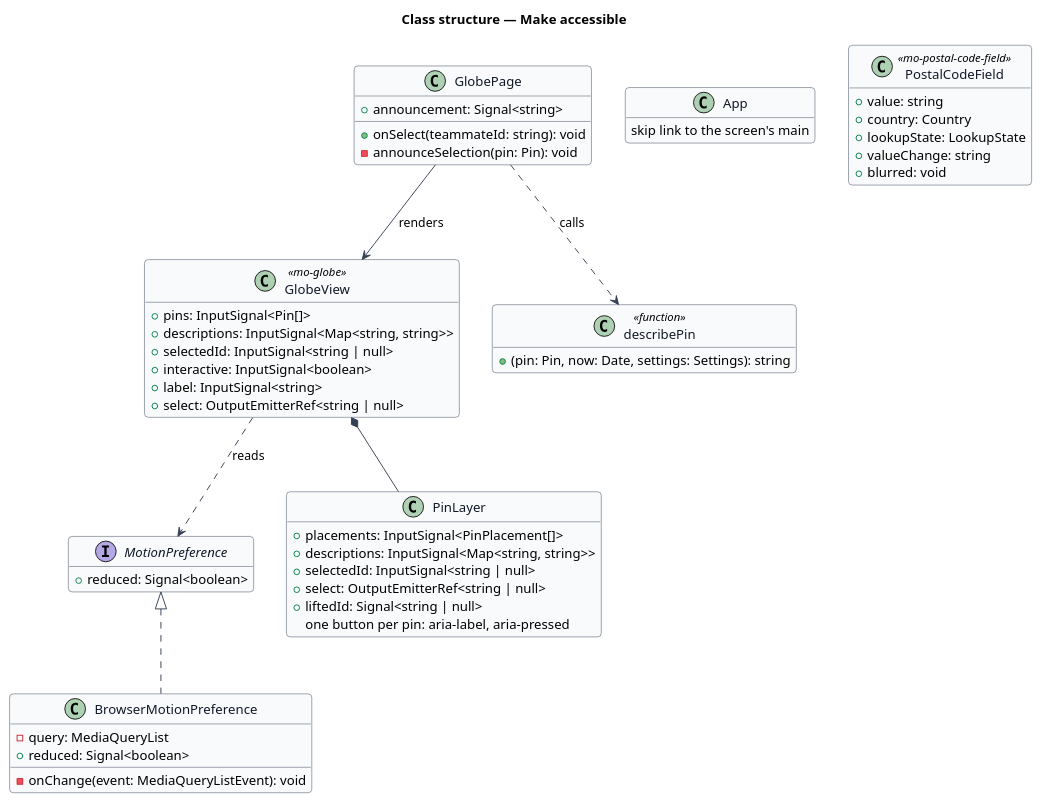
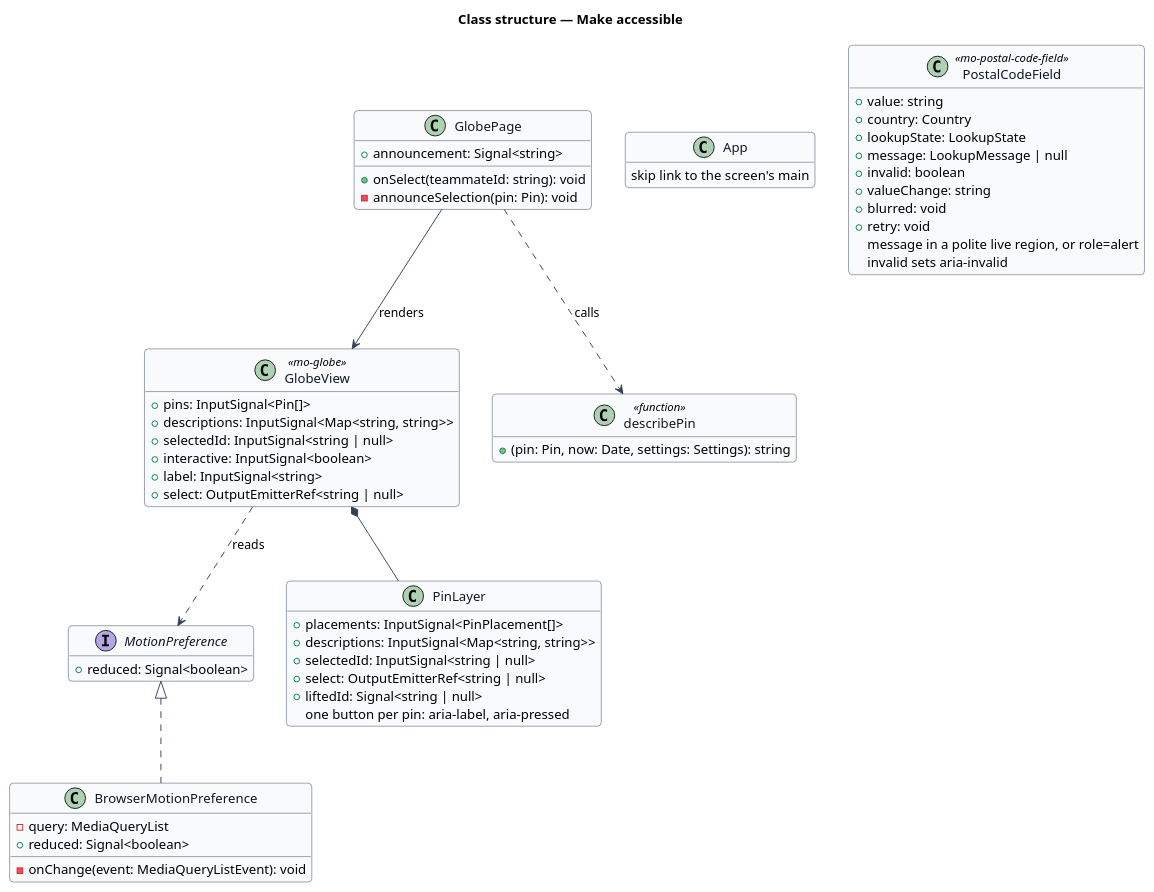
Before and after one commit to QuinntyneBrown/Mondino: the diagram in docs/detailed-designs/platform/make-accessible/diagrams/class-structure.puml, drawn with PlantUML. The commit also changed 69 other files, not shown here.

```diff
--- a/docs/detailed-designs/platform/make-accessible/diagrams/class-structure.puml
+++ b/docs/detailed-designs/platform/make-accessible/diagrams/class-structure.puml
@@ -1,70 +1,75 @@
 @startuml
 skinparam backgroundColor #FFFFFF
 skinparam shadowing false
 skinparam roundcorner 8
 skinparam defaultFontName Arial
 skinparam ArrowColor #344054
 skinparam class {
   BorderColor #344054
   FontColor #101828
   BackgroundColor #F9FAFB
 }
 hide empty members
 title Class structure — Make accessible
 
 interface MotionPreference {
   +reduced: Signal<boolean>
 }
 
 class BrowserMotionPreference {
   -query: MediaQueryList
   +reduced: Signal<boolean>
   -onChange(event: MediaQueryListEvent): void
 }
 
 class GlobeView <<mo-globe>> {
   +pins: InputSignal<Pin[]>
   +descriptions: InputSignal<Map<string, string>>
   +selectedId: InputSignal<string | null>
   +interactive: InputSignal<boolean>
   +label: InputSignal<string>
   +select: OutputEmitterRef<string | null>
 }
 
 class PinLayer {
   +placements: InputSignal<PinPlacement[]>
   +descriptions: InputSignal<Map<string, string>>
   +selectedId: InputSignal<string | null>
   +select: OutputEmitterRef<string | null>
   +liftedId: Signal<string | null>
   one button per pin: aria-label, aria-pressed
 }
 
 class describePin <<function>> {
   +(pin: Pin, now: Date, settings: Settings): string
 }
 
 class GlobePage {
   +onSelect(teammateId: string): void
   +announcement: Signal<string>
   -announceSelection(pin: Pin): void
 }
 
 class App {
   skip link to the screen's main
 }
 
 class PostalCodeField <<mo-postal-code-field>> {
   +value: string
   +country: Country
   +lookupState: LookupState
+  +message: LookupMessage | null
+  +invalid: boolean
   +valueChange: string
   +blurred: void
+  +retry: void
+  message in a polite live region, or role=alert
+  invalid sets aria-invalid
 }
 
 MotionPreference <|.. BrowserMotionPreference
 GlobeView *-- PinLayer
 GlobeView ..> MotionPreference : reads
 GlobePage --> GlobeView : renders
 GlobePage ..> describePin : calls
 @enduml
```
